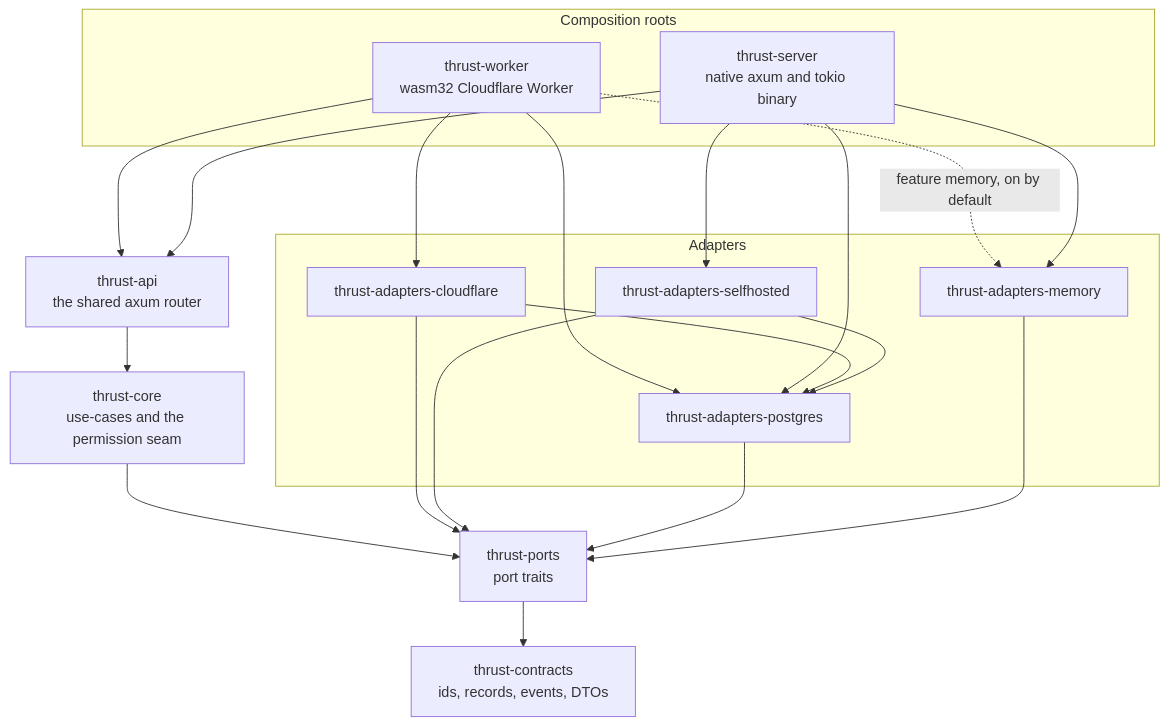
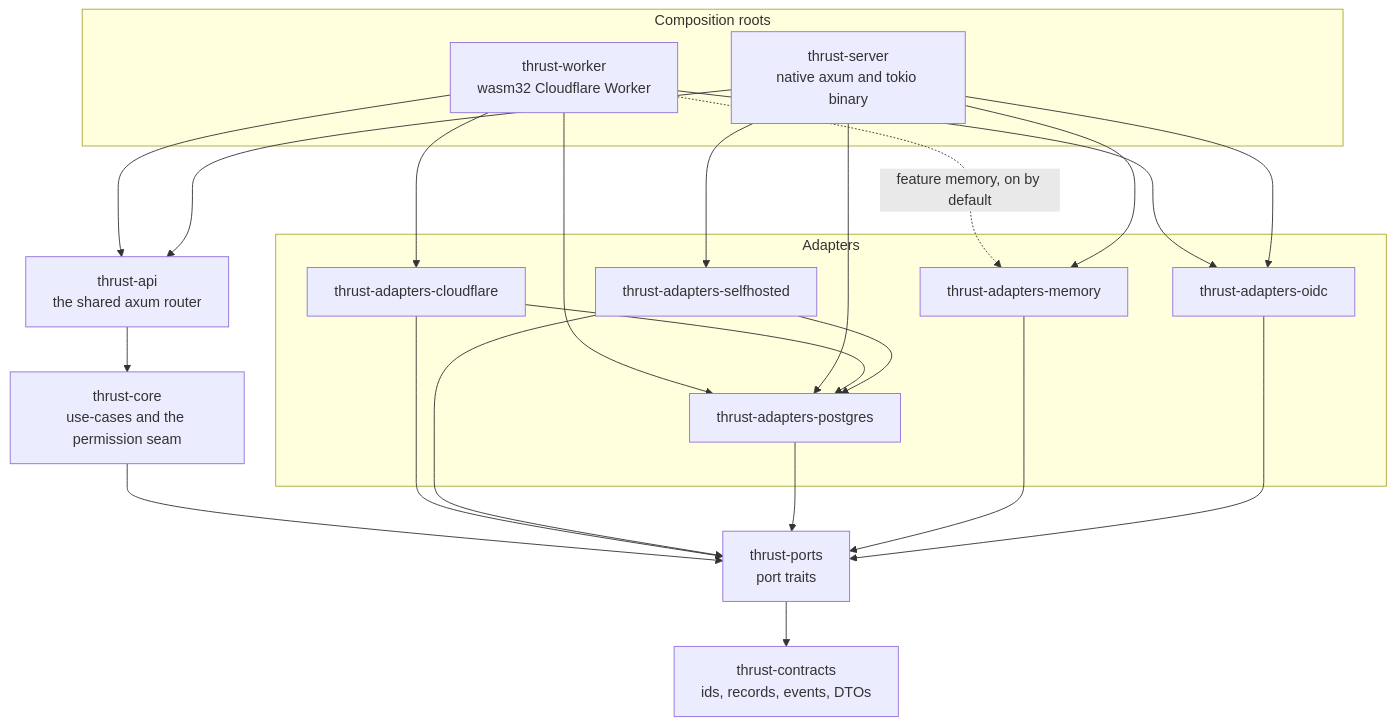
The diagram in docs/src/architecture/app.md (aRustyDev/thrust), drawn with Mermaid before and after one commit. The commit also changed other lines of this file and 61 other files, not shown here.

````diff
--- a/docs/src/architecture/app.md
+++ b/docs/src/architecture/app.md
@@ -16,35 +16,39 @@
 ```mermaid
 flowchart TB
   subgraph roots[Composition roots]
     worker[thrust-worker<br/>wasm32 Cloudflare Worker]
     server[thrust-server<br/>native axum and tokio binary]
   end
   subgraph adapters[Adapters]
     cf[thrust-adapters-cloudflare]
     sh[thrust-adapters-selfhosted]
     pg[thrust-adapters-postgres]
     mem[thrust-adapters-memory]
+    oidc[thrust-adapters-oidc]
   end
   api[thrust-api<br/>the shared axum router]
   core[thrust-core<br/>use-cases and the permission seam]
   ports[thrust-ports<br/>port traits]
   contracts[thrust-contracts<br/>ids, records, events, DTOs]
 
   worker --> api
   worker --> cf
   worker --> pg
   worker -.->|feature memory, on by default| mem
+  worker --> oidc
   server --> api
   server --> sh
   server --> pg
   server --> mem
+  server --> oidc
   api --> core
   core --> ports
   ports --> contracts
   cf --> pg
   sh --> pg
   cf --> ports
   sh --> ports
   pg --> ports
   mem --> ports
+  oidc --> ports
 ```
````
